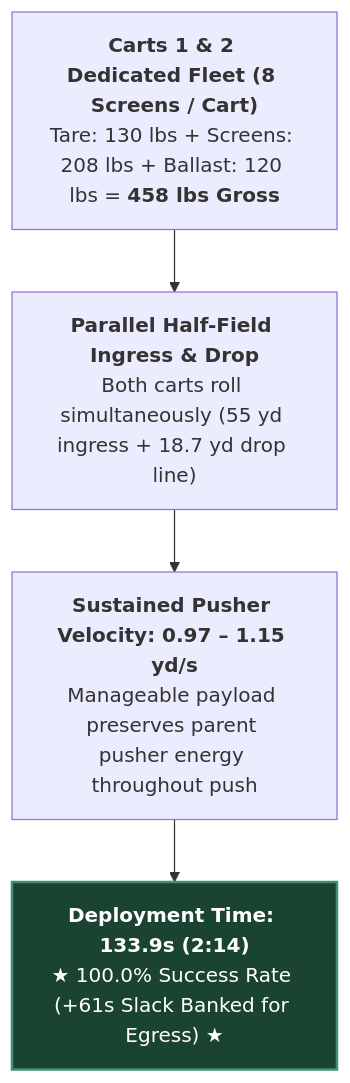
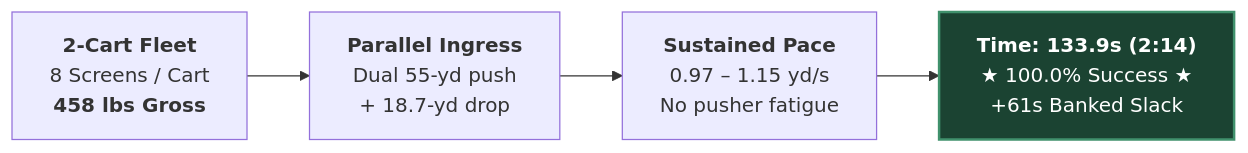
The first of 3 diagrams in PCHSMB/_Sideline Screen/docs/references/FIELD_LOGISTICS_AND_TIMING_ANALYSIS.md (ericrowe/music), drawn with Mermaid before and after one commit. The commit also changed other lines of this file and 2 other files, not shown here.

Commit message:
docs(sideline-screen): convert Section 3 flowcharts to compact horizontal (LR) layout

````diff
--- a/PCHSMB/_Sideline Screen/docs/references/FIELD_LOGISTICS_AND_TIMING_ANALYSIS.md
+++ b/PCHSMB/_Sideline Screen/docs/references/FIELD_LOGISTICS_AND_TIMING_ANALYSIS.md
@@ -134,11 +134,11 @@
 ```mermaid
-flowchart TD
-    TC1["<b>Carts 1 & 2 Dedicated Fleet (8 Screens / Cart)</b><br/>Tare: 130 lbs + Screens: 208 lbs + Ballast: 120 lbs = <b>458 lbs Gross</b>"]
-    TC2["<b>Parallel Half-Field Ingress & Drop</b><br/>Both carts roll simultaneously (55 yd ingress + 18.7 yd drop line)"]
-    TC3["<b>Sustained Pusher Velocity: 0.97 – 1.15 yd/s</b><br/>Manageable payload preserves parent pusher energy throughout push"]
-    TC4["<b>Deployment Time: 133.9s (2:14)</b><br/>★ 100.0% Success Rate (+61s Slack Banked for Egress) ★"]
+flowchart LR
+    TC1["<b>2-Cart Fleet</b><br/>8 Screens / Cart<br/><b>458 lbs Gross</b>"]
+    TC2["<b>Parallel Ingress</b><br/>Dual 55-yd push<br/>+ 18.7-yd drop"]
+    TC3["<b>Sustained Pace</b><br/>0.97 – 1.15 yd/s<br/>No pusher fatigue"]
+    TC4["<b>Time: 133.9s (2:14)</b><br/>★ 100.0% Success ★<br/>+61s Banked Slack"]
     TC1 --> TC2 --> TC3 --> TC4
 
     classDef win fill:#1b4332,stroke:#40916c,stroke-width:2px,color:#fff;
     class TC4 win;
 ```
````
